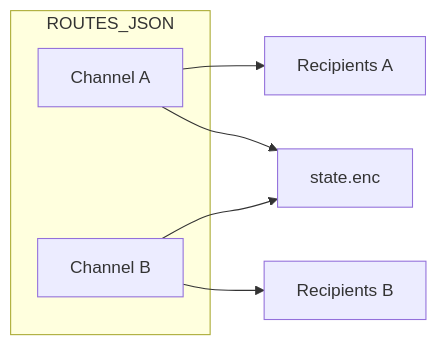
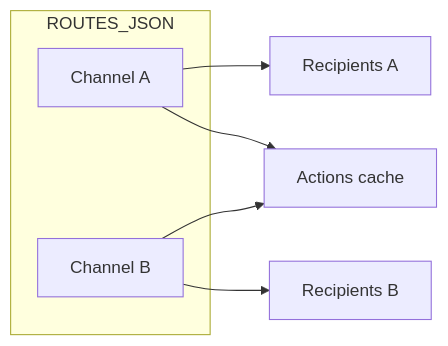
Before and after one commit to iamurali/telegram-auto-forwarder-bot: the diagram in README.md, drawn with Mermaid. The commit also changed other lines of this file and 2 other files, not shown here.

First line of the commit message:
Store forwarder state in Actions cache instead of git commits.

````diff
--- a/README.md
+++ b/README.md
@@ -13,11 +13,11 @@
 ```mermaid
 flowchart LR
   subgraph routes [ROUTES_JSON]
     R1[Channel A]
     R2[Channel B]
   end
   R1 --> RecipientsA[Recipients A]
   R2 --> RecipientsB[Recipients B]
-  R1 --> State[state.enc]
+  R1 --> State[Actions cache]
   R2 --> State
 ```
````
